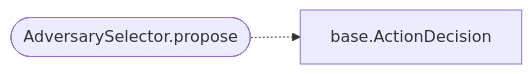
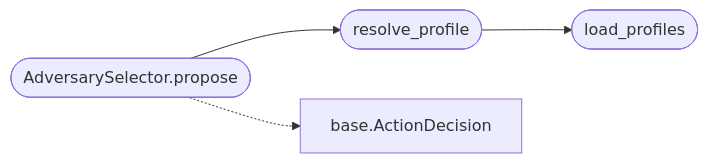
One commit to grisuno/LazyOwn changed the diagram in readmenator-apidocs/modules/modules.selection.adversary.py.md. Above: the diagram before and after it, drawn with Mermaid. The commit also changed other lines of this file and 451 other files, not shown here.

````diff
--- a/readmenator-apidocs/modules/modules.selection.adversary.py.md
+++ b/readmenator-apidocs/modules/modules.selection.adversary.py.md
@@ -19,6 +24,10 @@
 ```mermaid
 flowchart LR
+    n_modules_selection_adversary_py__resolve_profile(["resolve_profile"])
+    n_modules_selection_adversary_py__load_profiles(["load_profiles"])
     n_modules_selection_adversary_py__AdversarySelector_propose(["AdversarySelector.propose"])
     n_modules_selection_base_py__ActionDecision["base.ActionDecision"]
+    n_modules_selection_adversary_py__resolve_profile --> n_modules_selection_adversary_py__load_profiles
+    n_modules_selection_adversary_py__AdversarySelector_propose --> n_modules_selection_adversary_py__resolve_profile
     n_modules_selection_adversary_py__AdversarySelector_propose -.-> n_modules_selection_base_py__ActionDecision
 ```
````
